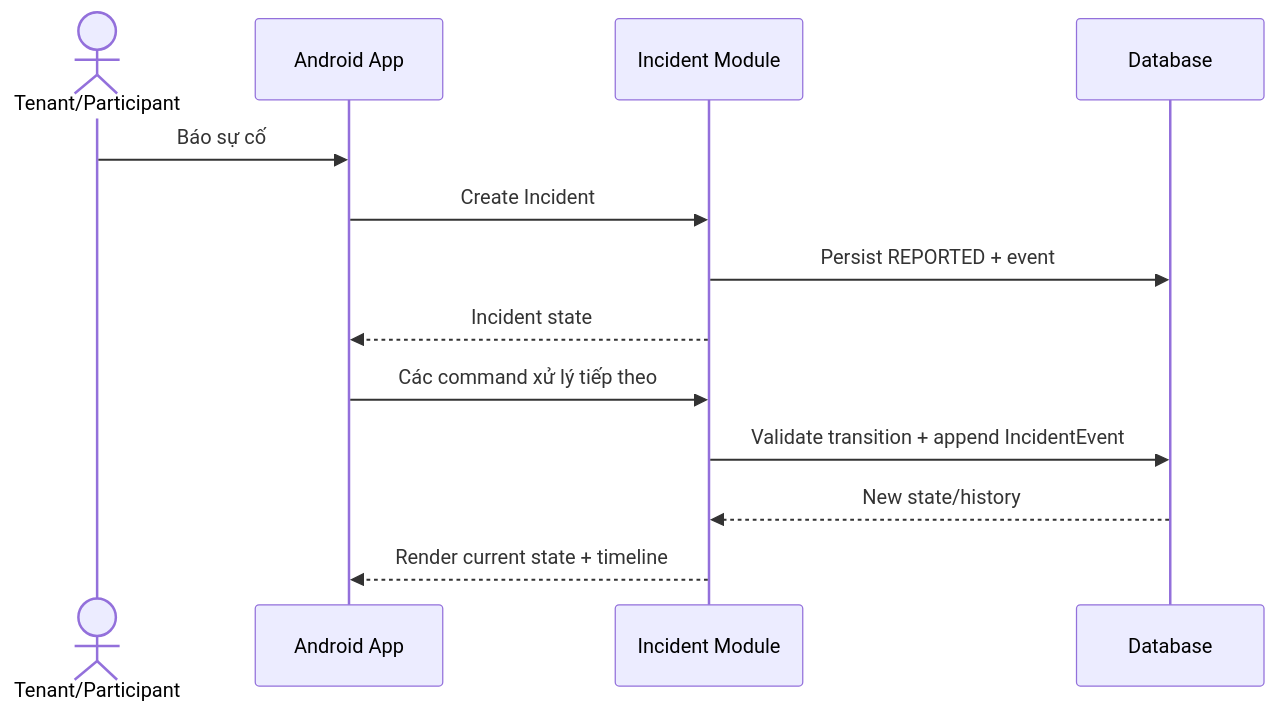
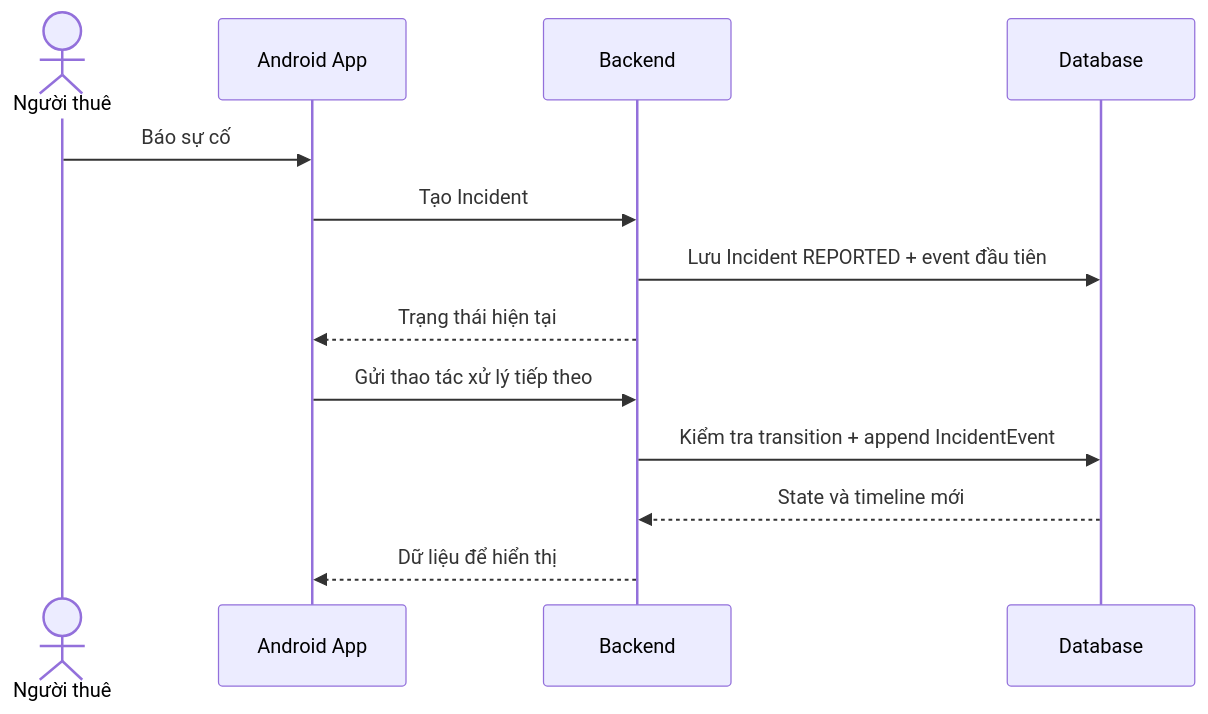
One commit to Danh20100/moibile_app changed the fourth of 7 diagrams in docs/contexts/end-to-end-flows.md. Above: the diagram before and after it, drawn with Mermaid. The commit also changed other lines of this file and 9 other files, not shown here.

````diff
--- a/docs/contexts/end-to-end-flows.md
+++ b/docs/contexts/end-to-end-flows.md
@@ -70,15 +70,16 @@
 ```mermaid
 sequenceDiagram
-    actor T as Tenant/Participant
+    actor T as Người thuê
     participant FE as Android App
-    participant BE as Incident Module
+    participant BE as Backend
     participant DB as Database
+
     T->>FE: Báo sự cố
-    FE->>BE: Create Incident
-    BE->>DB: Persist REPORTED + event
-    BE-->>FE: Incident state
-    FE->>BE: Các command xử lý tiếp theo
-    BE->>DB: Validate transition + append IncidentEvent
-    DB-->>BE: New state/history
-    BE-->>FE: Render current state + timeline
+    FE->>BE: Tạo Incident
+    BE->>DB: Lưu Incident REPORTED + event đầu tiên
+    BE-->>FE: Trạng thái hiện tại
+    FE->>BE: Gửi thao tác xử lý tiếp theo
+    BE->>DB: Kiểm tra transition + append IncidentEvent
+    DB-->>BE: State và timeline mới
+    BE-->>FE: Dữ liệu để hiển thị
 ```
````
